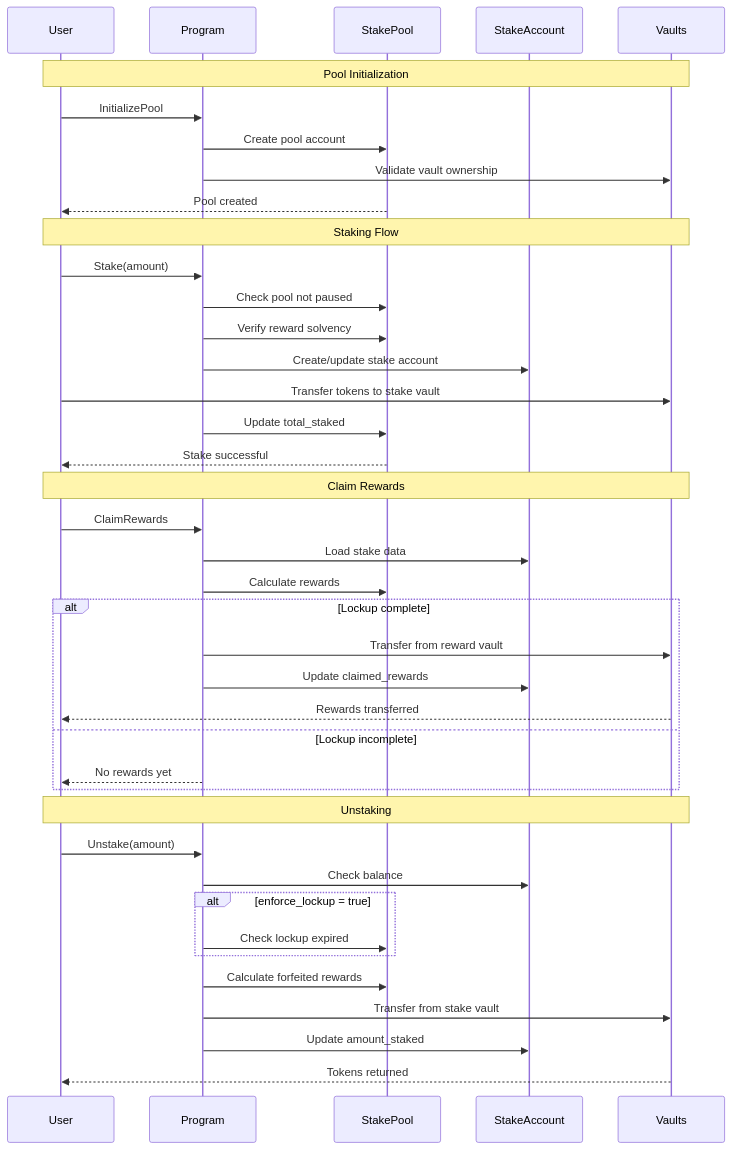
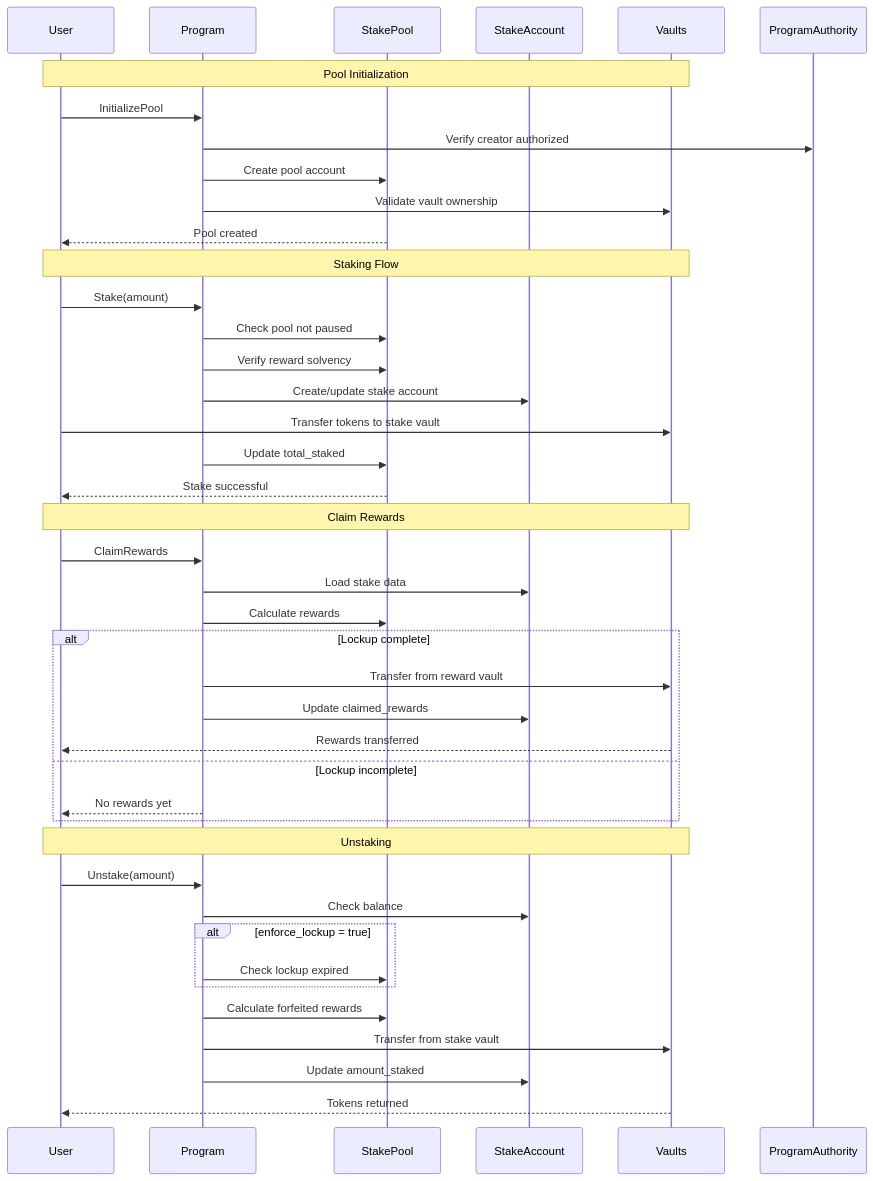
Before and after one commit to thiras/yw-stake-pool: the second of 9 diagrams in docs/ARCHITECTURE.md, drawn with Mermaid. The commit also changed other lines of this file and 2 other files, not shown here.

````diff
--- a/docs/ARCHITECTURE.md
+++ b/docs/ARCHITECTURE.md
@@ -42,46 +46,47 @@
 ```mermaid
 sequenceDiagram
     participant User
     participant Program
     participant StakePool
     participant StakeAccount
     participant Vaults
     
     Note over User,Vaults: Pool Initialization
     User->>Program: InitializePool
+    Program->>ProgramAuthority: Verify creator authorized
     Program->>StakePool: Create pool account
     Program->>Vaults: Validate vault ownership
     StakePool-->>User: Pool created
     
     Note over User,Vaults: Staking Flow
     User->>Program: Stake(amount)
     Program->>StakePool: Check pool not paused
     Program->>StakePool: Verify reward solvency
     Program->>StakeAccount: Create/update stake account
     User->>Vaults: Transfer tokens to stake vault
     Program->>StakePool: Update total_staked
     StakePool-->>User: Stake successful
     
     Note over User,Vaults: Claim Rewards
     User->>Program: ClaimRewards
     Program->>StakeAccount: Load stake data
     Program->>StakePool: Calculate rewards
     alt Lockup complete
         Program->>Vaults: Transfer from reward vault
         Program->>StakeAccount: Update claimed_rewards
         Vaults-->>User: Rewards transferred
     else Lockup incomplete
         Program-->>User: No rewards yet
     end
     
     Note over User,Vaults: Unstaking
     User->>Program: Unstake(amount)
     Program->>StakeAccount: Check balance
     alt enforce_lockup = true
         Program->>StakePool: Check lockup expired
     end
     Program->>StakePool: Calculate forfeited rewards
     Program->>Vaults: Transfer from stake vault
     Program->>StakeAccount: Update amount_staked
     Vaults-->>User: Tokens returned
 ```
````
